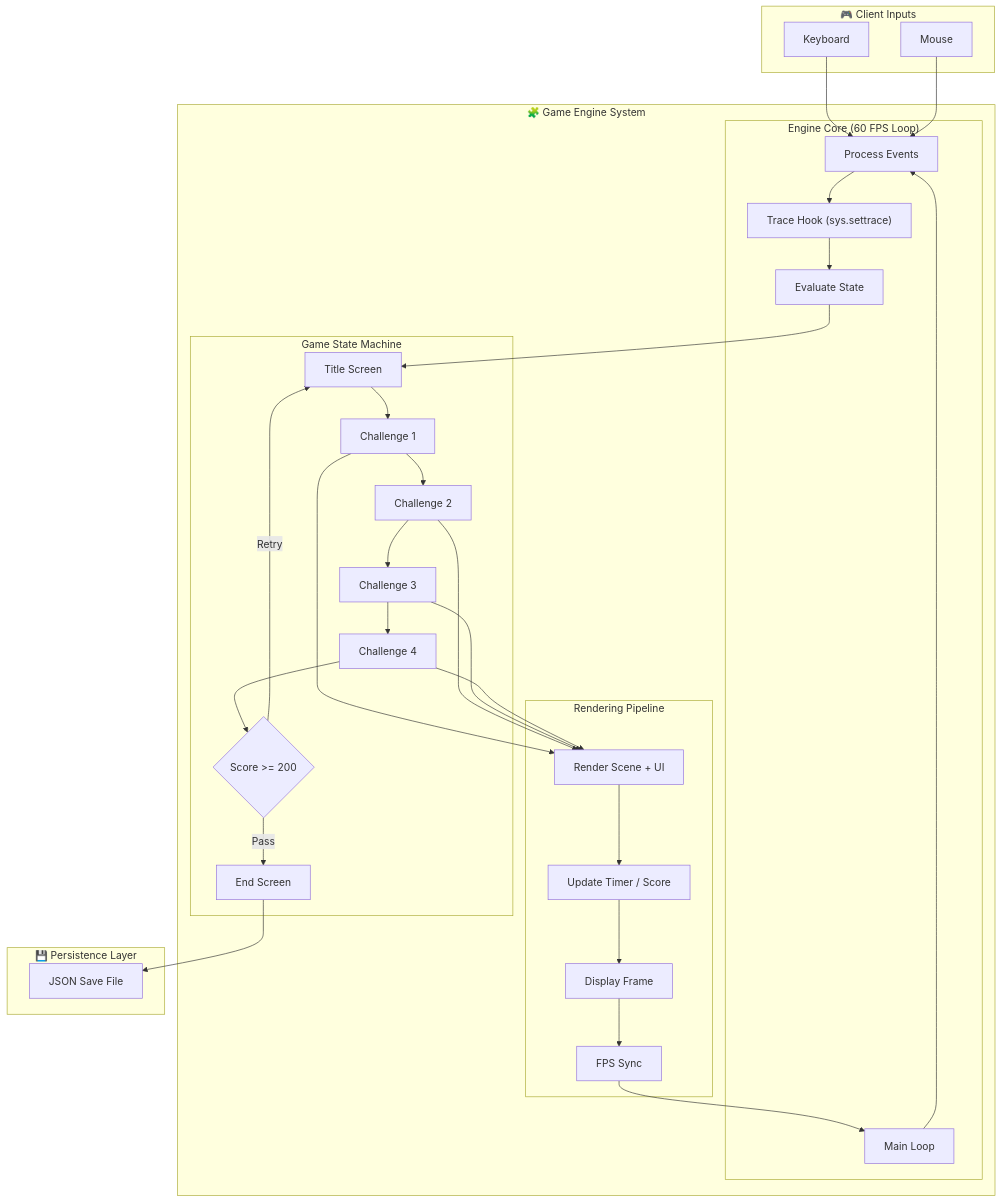
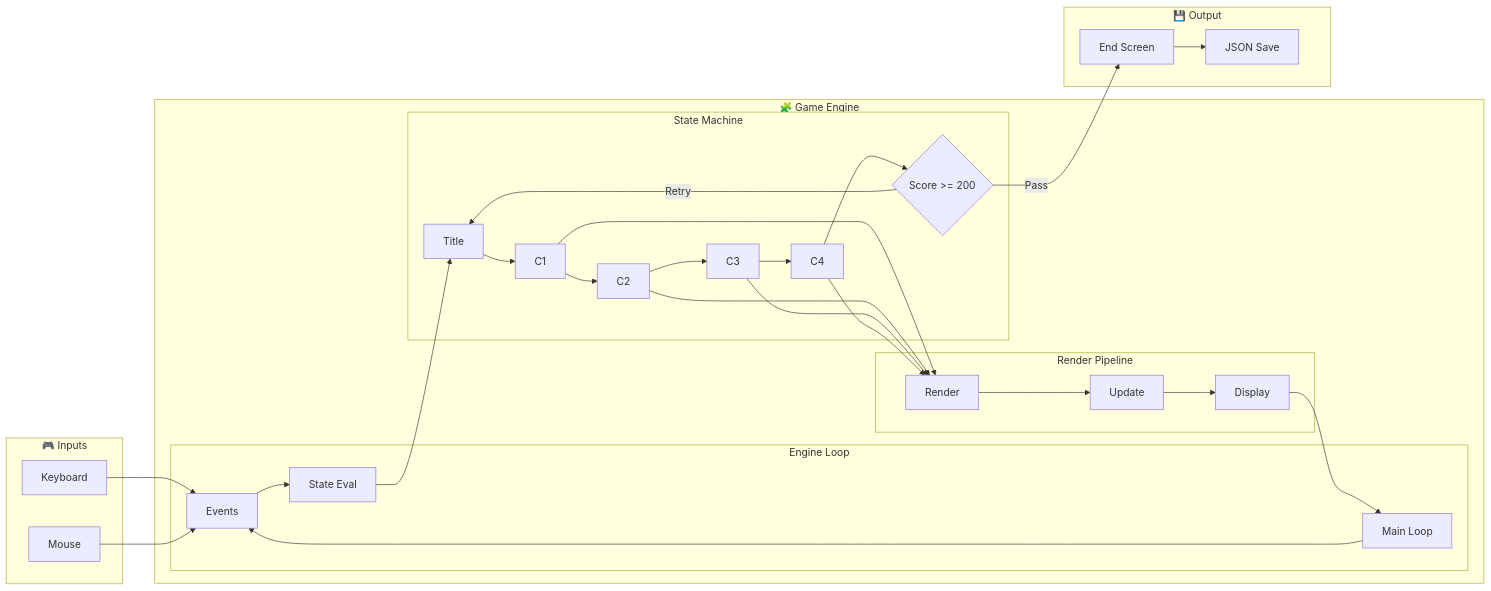
Before and after one commit to MrMoo-Hub/1940-Escape-Room-FBLA: the diagram in README.md, drawn with Mermaid. The commit also changed other lines of this file, not shown here.

Commit message:
Update System Architecture diagram and sections

````diff
--- a/README.md
+++ b/README.md
@@ -67,69 +67,65 @@
 ```mermaid
-flowchart TB
+flowchart LR
 
-%% ===== CLIENT INPUTS =====
-subgraph INPUTS["🎮 Client Inputs"]
+%% ===== INPUT =====
+subgraph INPUT["🎮 Inputs"]
     KB["Keyboard"]
     MS["Mouse"]
 end
 
-%% ===== GAME SYSTEM =====
-subgraph SYSTEM["🧩 Game Engine System"]
-    
-    %% --- ENGINE CORE ---
-    subgraph ENGINE["Engine Core (60 FPS Loop)"]
+%% ===== CORE SYSTEM =====
+subgraph SYSTEM["🧩 Game Engine"]
+
+    %% ENGINE
+    subgraph ENGINE["Engine Loop"]
         LOOP["Main Loop"]
-        EVENTS["Process Events"]
-        TRACE["Trace Hook (sys.settrace)"]
-        STATE["Evaluate State"]
-
-        LOOP --> EVENTS --> TRACE --> STATE
+        EVENTS["Events"]
+        STATE["State Eval"]
     end
 
-    %% --- GAME LOGIC ---
-    subgraph LOGIC["Game State Machine"]
-        TITLE["Title Screen"]
-        C1["Challenge 1"]
-        C2["Challenge 2"]
-        C3["Challenge 3"]
-        C4["Challenge 4"]
-
+    %% LOGIC
+    subgraph LOGIC["State Machine"]
+        TITLE["Title"]
+        C1["C1"]
+        C2["C2"]
+        C3["C3"]
+        C4["C4"]
         CHECK{"Score >= 200"}
-        END["End Screen"]
-
-        TITLE --> C1 --> C2 --> C3 --> C4 --> CHECK
-        CHECK -->|Pass| END
-        CHECK -->|Retry| TITLE
     end
 
-    %% --- RENDER PIPELINE ---
-    subgraph RENDER["Rendering Pipeline"]
-        DRAW["Render Scene + UI"]
-        UPDATE["Update Timer / Score"]
-        DISPLAY["Display Frame"]
-        FPS["FPS Sync"]
+    %% RENDER
+    subgraph RENDER["Render Pipeline"]
+        DRAW["Render"]
+        UI["Update"]
+        FRAME["Display"]
+    end
 
-        DRAW --> UPDATE --> DISPLAY --> FPS
-    end
 end
 
-%% ===== DATA LAYER =====
-subgraph DATA["💾 Persistence Layer"]
-    JSON["JSON Save File"]
+%% ===== OUTPUT =====
+subgraph OUTPUT["💾 Output"]
+    END["End Screen"]
+    SAVE["JSON Save"]
 end
 
-%% ===== CONNECTIONS =====
+%% ===== FLOW =====
 KB --> EVENTS
 MS --> EVENTS
 
+LOOP --> EVENTS --> STATE
 STATE --> TITLE
+
+TITLE --> C1 --> C2 --> C3 --> C4 --> CHECK
+
+CHECK -->|Pass| END
+CHECK -->|Retry| TITLE
 
 C1 --> DRAW
 C2 --> DRAW
 C3 --> DRAW
 C4 --> DRAW
 
-END --> JSON
+DRAW --> UI --> FRAME --> LOOP
 
-FPS --> LOOP
+END --> SAVE
 ```
````
